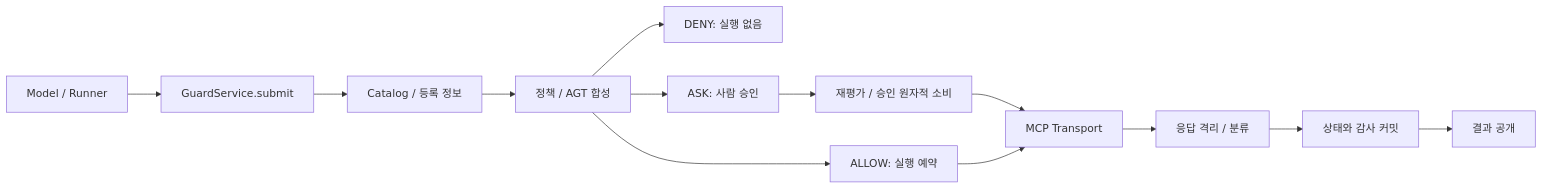
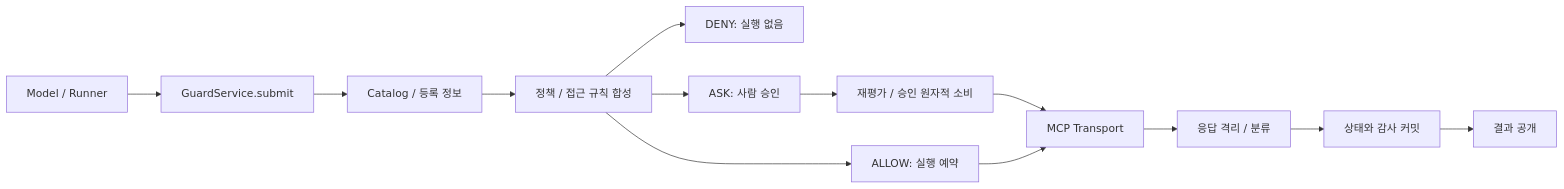
One commit to hsminu/MCP-Runtime-Guard changed the diagram in README.md. Above: the diagram before and after it, drawn with Mermaid. The commit also changed other lines of this file and 4 other files, not shown here.

````diff
--- a/README.md
+++ b/README.md
@@ -90,15 +88,15 @@
 ```mermaid
 flowchart LR
     Runner[Model / Runner] --> Guard[GuardService.submit]
     Guard --> Catalog[Catalog / 등록 정보]
-    Catalog --> Policy[정책 / AGT 합성]
+    Catalog --> Policy[정책 / 접근 규칙 합성]
     Policy --> Deny[DENY: 실행 없음]
     Policy --> Ask[ASK: 사람 승인]
     Policy --> Allow[ALLOW: 실행 예약]
     Ask --> Recheck[재평가 / 승인 원자적 소비]
     Recheck --> Transport[MCP Transport]
     Allow --> Transport
     Transport --> Gate[응답 격리 / 분류]
     Gate --> Commit[상태와 감사 커밋]
     Commit --> Release[결과 공개]
 ```
````
